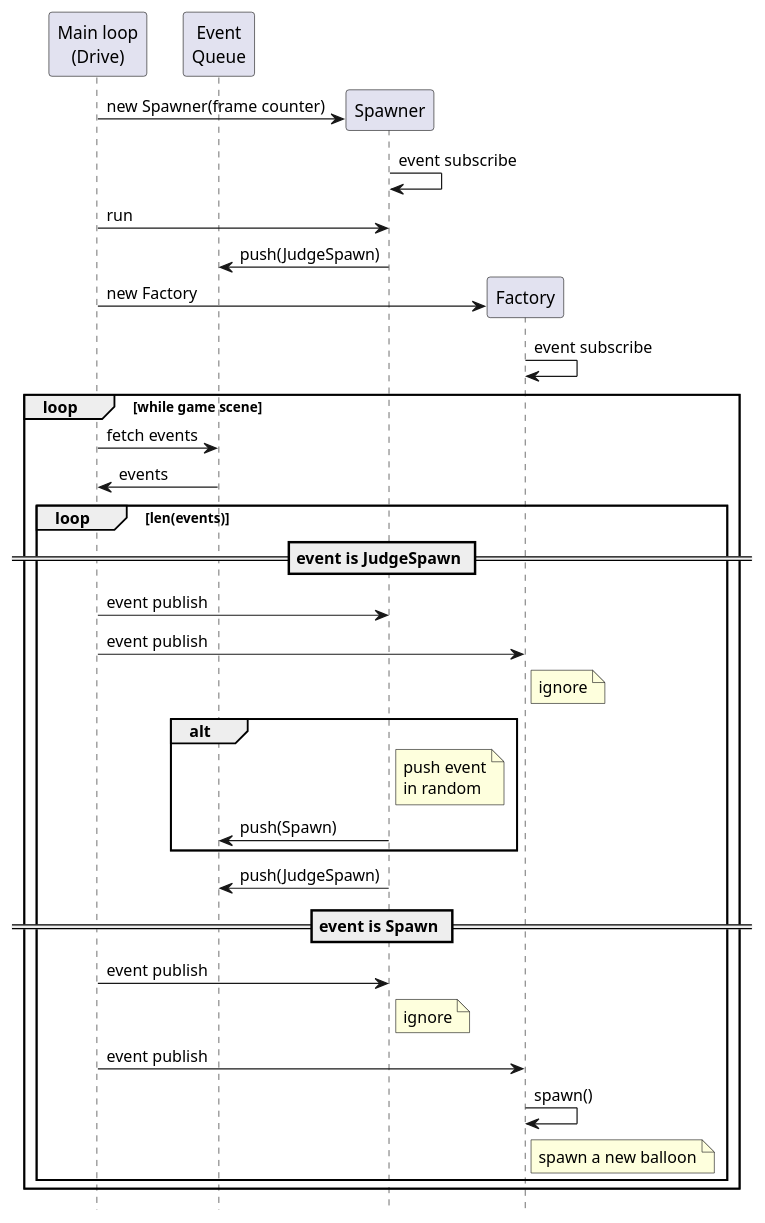
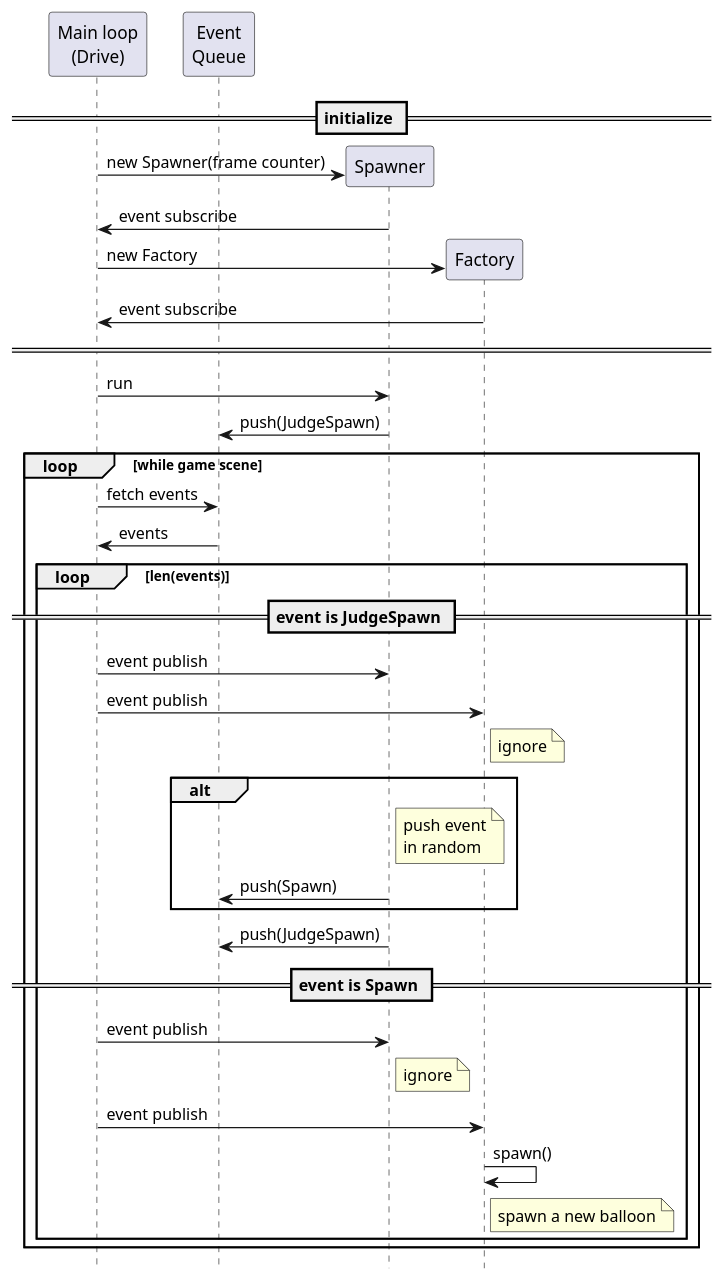
The second of 2 diagrams in docsrc/modules.md (pankona/balloon), drawn with PlantUML before and after one commit.

Commit message:
:lipstick: small cosmetics on module.md

````diff
--- a/docsrc/modules.md
+++ b/docsrc/modules.md
@@ -46,42 +46,44 @@
 ```uml
 @startuml
 
 hide footbox
 
 participant "Main loop\n(Drive)" as m
 participant "Event\nQueue"       as eq
 participant Spawner              as s
 participant Factory              as f
 
+== initialize ==
 create s
 m -> s : new Spawner(frame counter)
-s -> s : event subscribe
+m <- s : event subscribe
+create f
+m -> f : new Factory
+m <- f : event subscribe
+====
 m -> s : run
 eq <- s : push(JudgeSpawn)
-create f
-m -> f : new Factory
-f -> f : event subscribe
 loop while game scene
   m -> eq : fetch events
   m <- eq : events
   loop len(events)
   == event is JudgeSpawn ==
     m -> s : event publish
     m -> f : event publish
     note right of f : ignore
     alt
       note right of s : push event\nin random
       s -> eq : push(Spawn)
     end
     s -> eq : push(JudgeSpawn)
   == event is Spawn ==
     m -> s : event publish
     note right of s : ignore
     m -> f : event publish
     f -> f : spawn()
     note right of f : spawn a new balloon
   end
 end
 
 @enduml
 ```
````
